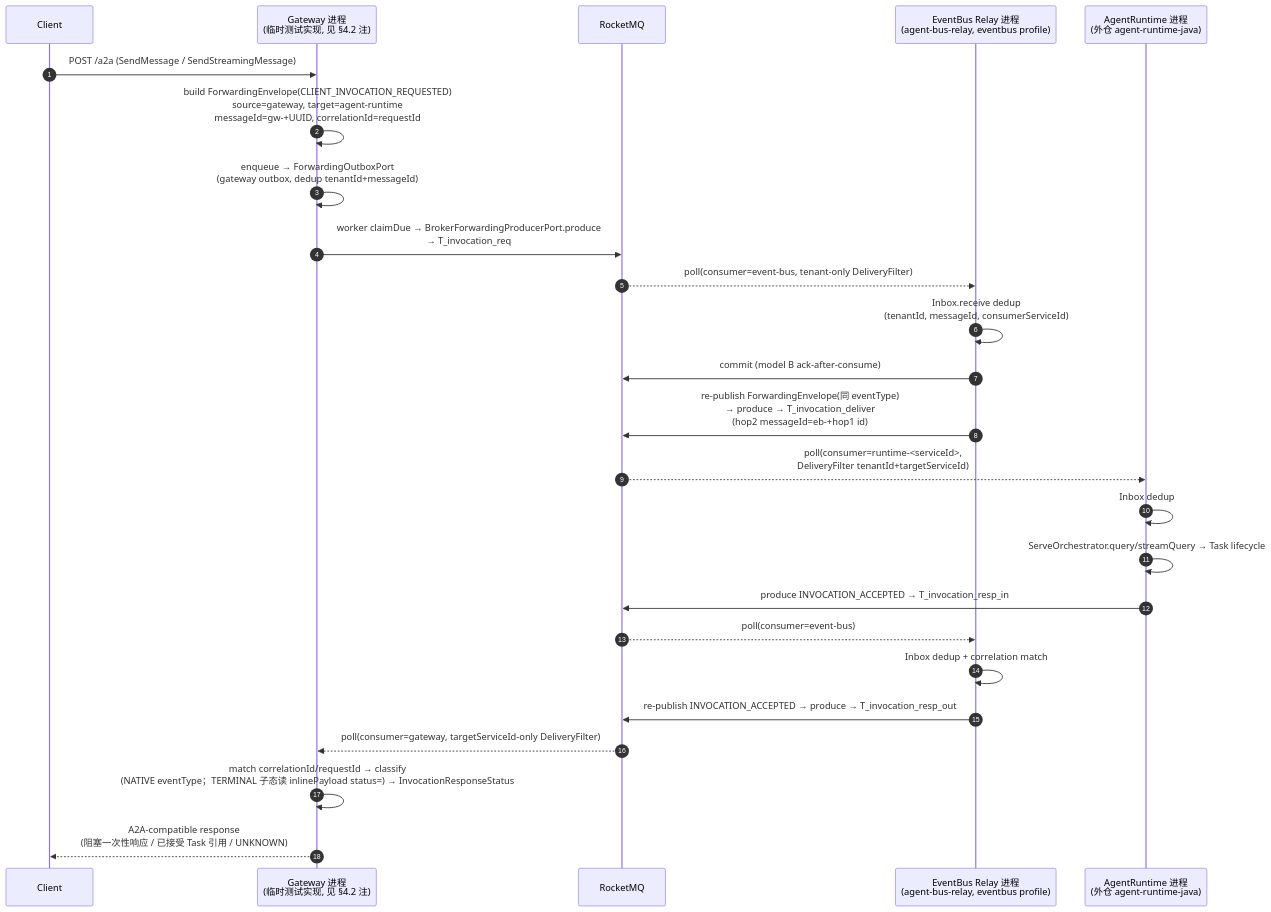
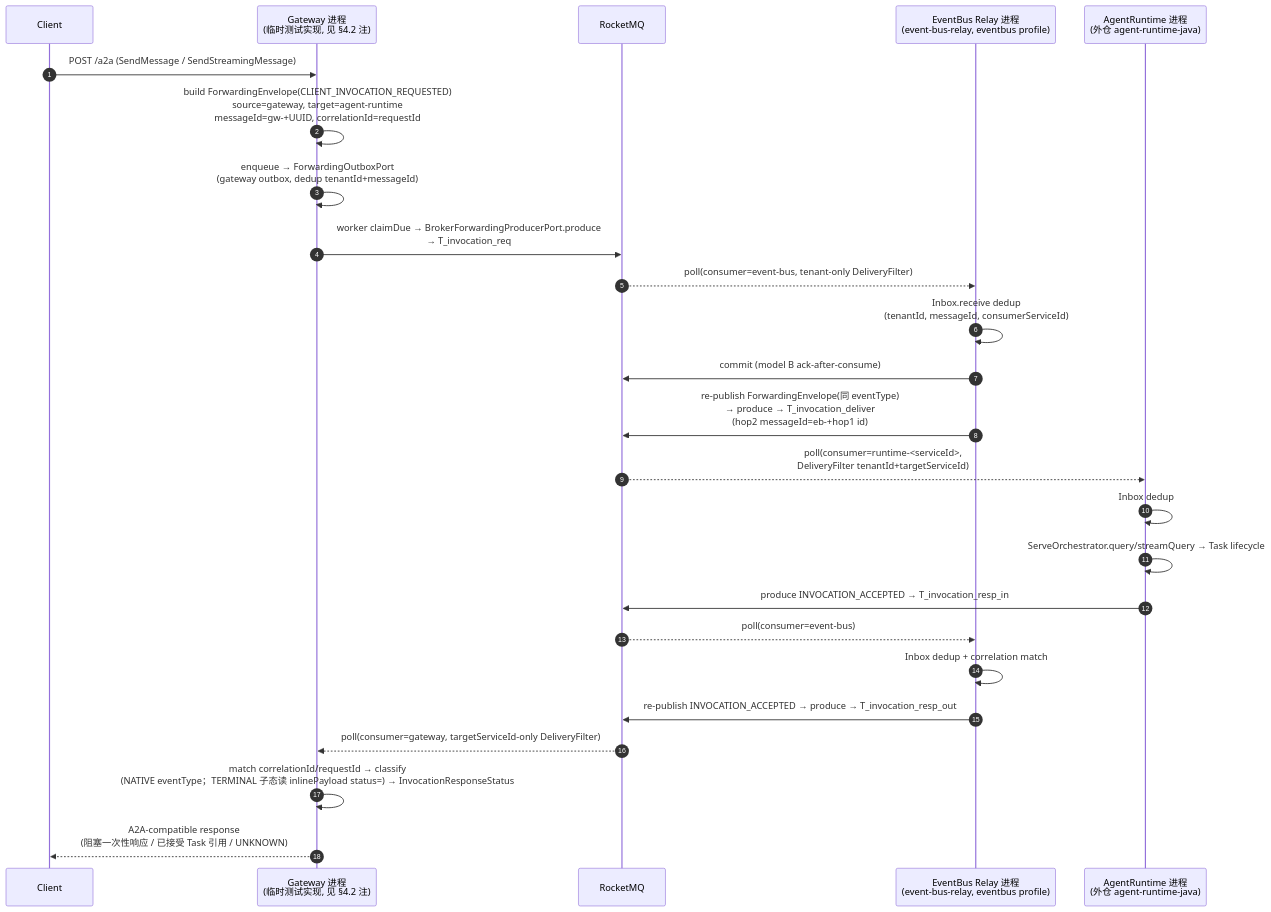
Before and after one commit to chaosxingxc-orion/spring-ai-ascend: the first of 5 diagrams in architecture/L2-Low-Level-Design/agent-bus/feat-013-client-invocation-event-forwarding.md, drawn with Mermaid. The commit also changed other lines of this file and 2 other files, not shown here.

Commit message:
agent-bus目录调整,agent-gateway和event-bus目录下沉,刷新L2文档

````diff
--- a/architecture/L2-Low-Level-Design/agent-bus/feat-013-client-invocation-event-forwarding.md
+++ b/architecture/L2-Low-Level-Design/agent-bus/feat-013-client-invocation-event-forwarding.md
@@ -326,28 +326,28 @@
 ```mermaid
 sequenceDiagram
     autonumber
     participant C as Client
     participant GW as Gateway 进程<br/>(临时测试实现, 见 §4.2 注)
     participant MQ as RocketMQ
-    participant EB as EventBus Relay 进程<br/>(agent-bus-relay, eventbus profile)
+    participant EB as EventBus Relay 进程<br/>(event-bus-relay, eventbus profile)
     participant RT as AgentRuntime 进程<br/>(外仓 agent-runtime-java)
 
     C->>GW: POST /a2a (SendMessage / SendStreamingMessage)
     GW->>GW: build ForwardingEnvelope(CLIENT_INVOCATION_REQUESTED)<br/>source=gateway, target=agent-runtime<br/>messageId=gw-+UUID, correlationId=requestId
     GW->>GW: enqueue → ForwardingOutboxPort<br/>(gateway outbox, dedup tenantId+messageId)
     GW->>MQ: worker claimDue → BrokerForwardingProducerPort.produce<br/>→ T_invocation_req
     MQ-->>EB: poll(consumer=event-bus, tenant-only DeliveryFilter)
     EB->>EB: Inbox.receive dedup<br/>(tenantId, messageId, consumerServiceId)
     EB->>MQ: commit (model B ack-after-consume)
     EB->>MQ: re-publish ForwardingEnvelope(同 eventType)<br/>→ produce → T_invocation_deliver<br/>(hop2 messageId=eb-+hop1 id)
     MQ-->>RT: poll(consumer=runtime-<serviceId>,<br/>DeliveryFilter tenantId+targetServiceId)
     RT->>RT: Inbox dedup
     RT->>RT: ServeOrchestrator.query/streamQuery → Task lifecycle
     RT->>MQ: produce INVOCATION_ACCEPTED → T_invocation_resp_in
     MQ-->>EB: poll(consumer=event-bus)
     EB->>EB: Inbox dedup + correlation match
     EB->>MQ: re-publish INVOCATION_ACCEPTED → produce → T_invocation_resp_out
     MQ-->>GW: poll(consumer=gateway, targetServiceId-only DeliveryFilter)
     GW->>GW: match correlationId/requestId → classify<br/>(NATIVE eventType；TERMINAL 子态读 inlinePayload status=) → InvocationResponseStatus
     GW-->>C: A2A-compatible response<br/>(阻塞一次性响应 / 已接受 Task 引用 / UNKNOWN)
 ```
````
